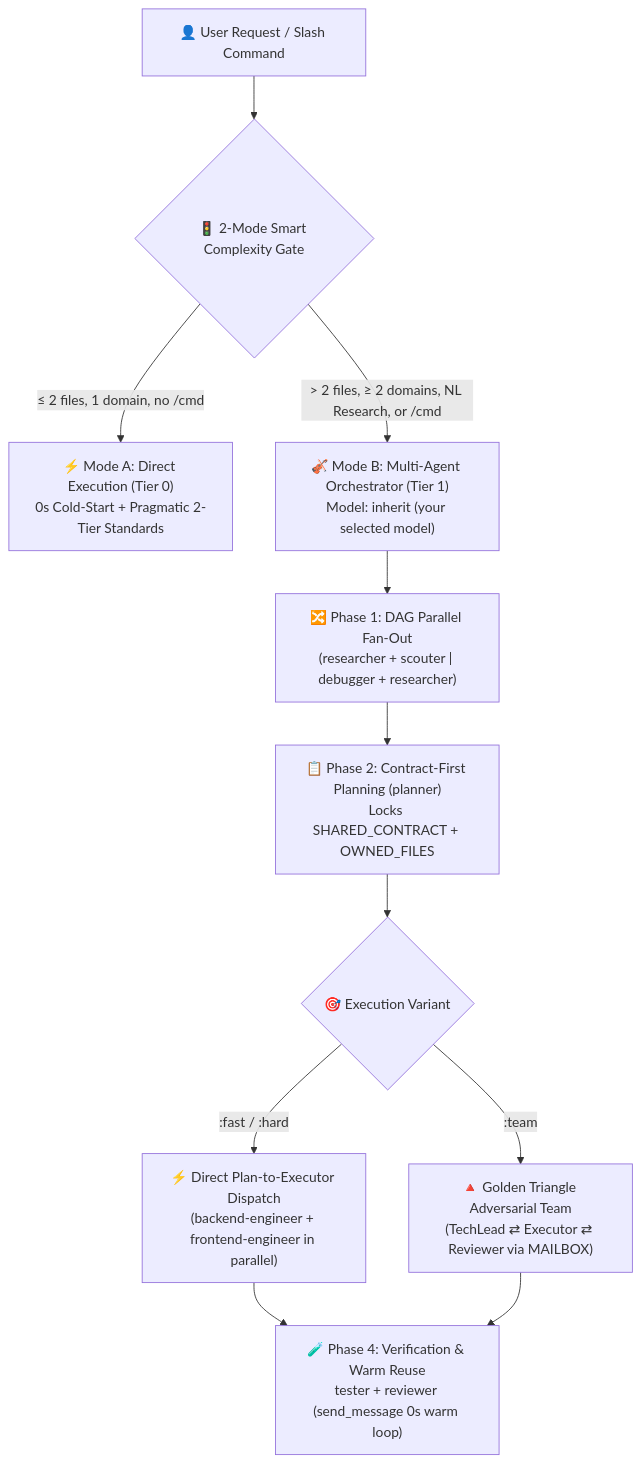
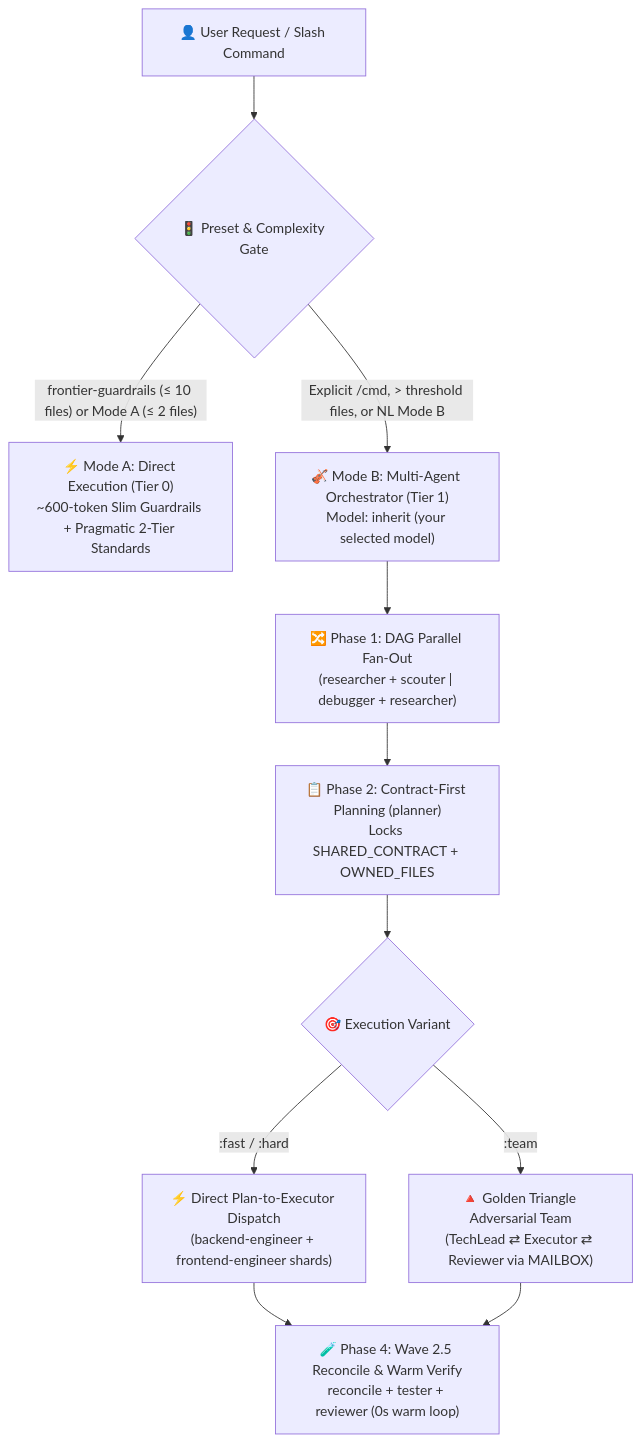
Before and after one commit to Kennyboom/BoomOpen-Workflow-Kit-Pro: the diagram in README.md, drawn with Mermaid. The commit also changed other lines of this file and 99 other files, not shown here.

````diff
--- a/README.md
+++ b/README.md
@@ -77,16 +79,16 @@
 ```mermaid
 flowchart TD
-    User["👤 User Request / Slash Command"] --> Gate{"🚦 2-Mode Smart Complexity Gate"}
-    Gate -->|"≤ 2 files, 1 domain, no /cmd"| ModeA["⚡ Mode A: Direct Execution (Tier 0)<br/>0s Cold-Start + Pragmatic 2-Tier Standards"]
-    Gate -->|"> 2 files, ≥ 2 domains, NL Research, or /cmd"| ModeB["🎻 Mode B: Multi-Agent Orchestrator (Tier 1)<br/>Model: inherit (your selected model)"]
+    User["👤 User Request / Slash Command"] --> Gate{"🚦 Preset & Complexity Gate"}
+    Gate -->|"frontier-guardrails (≤ 10 files) or Mode A (≤ 2 files)"| ModeA["⚡ Mode A: Direct Execution (Tier 0)<br/>~600-token Slim Guardrails + Pragmatic 2-Tier Standards"]
+    Gate -->|"Explicit /cmd, > threshold files, or NL Mode B"| ModeB["🎻 Mode B: Multi-Agent Orchestrator (Tier 1)<br/>Model: inherit (your selected model)"]
 
     ModeB --> FanOut["🔀 Phase 1: DAG Parallel Fan-Out<br/>(researcher + scouter | debugger + researcher)"]
     FanOut --> Plan["📋 Phase 2: Contract-First Planning (planner)<br/>Locks SHARED_CONTRACT + OWNED_FILES"]
     Plan --> Dispatch{"🎯 Execution Variant"}
 
-    Dispatch -->|":fast / :hard"| Direct["⚡ Direct Plan-to-Executor Dispatch<br/>(backend-engineer + frontend-engineer in parallel)"]
+    Dispatch -->|":fast / :hard"| Direct["⚡ Direct Plan-to-Executor Dispatch<br/>(backend-engineer + frontend-engineer shards)"]
     Dispatch -->|":team"| Triangle["🔺 Golden Triangle Adversarial Team<br/>(TechLead ⇄ Executor ⇄ Reviewer via MAILBOX)"]
 
-    Direct --> Verify["🧪 Phase 4: Verification & Warm Reuse<br/>tester + reviewer (send_message 0s warm loop)"]
+    Direct --> Verify["🧪 Phase 4: Wave 2.5 Reconcile & Warm Verify<br/>reconcile + tester + reviewer (0s warm loop)"]
     Triangle --> Verify
 ```
````
